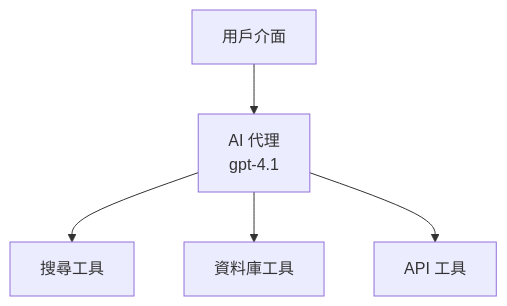
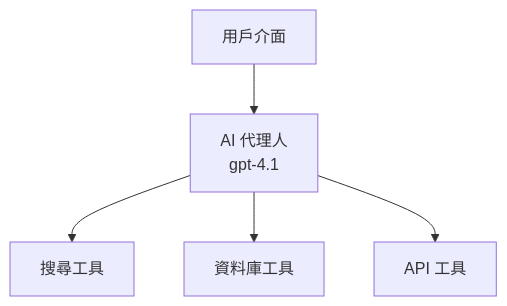
One commit to microsoft/AZD-for-beginners changed the first of 3 diagrams in translations/zh-HK/docs/chapter-02-ai-development/agents.md. Above: the diagram before and after it, drawn with Mermaid. The commit also changed other lines of this file and 104 other files, not shown here.

````diff
--- a/translations/zh-HK/docs/chapter-02-ai-development/agents.md
+++ b/translations/zh-HK/docs/chapter-02-ai-development/agents.md
@@ -157,7 +162,7 @@
 ```mermaid
 graph TD
-    UI[用戶介面] --> Agent[AI 代理<br/>gpt-4.1]
+    UI[用戶介面] --> Agent[AI 代理人<br/>gpt-4.1]
     Agent --> Search[搜尋工具]
     Agent --> Database[資料庫工具]
     Agent --> API[API 工具]
 ```
````
